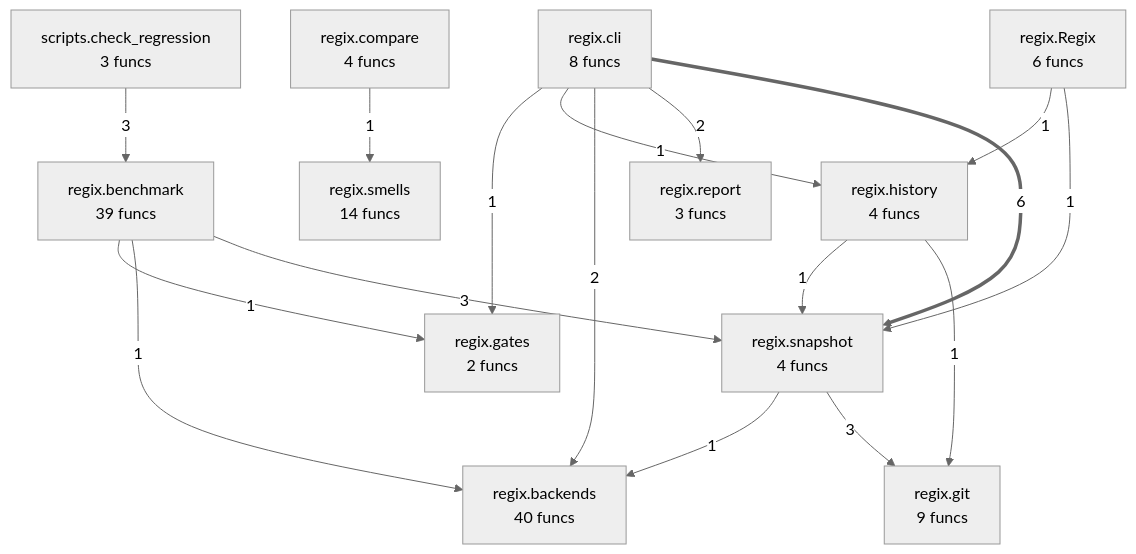
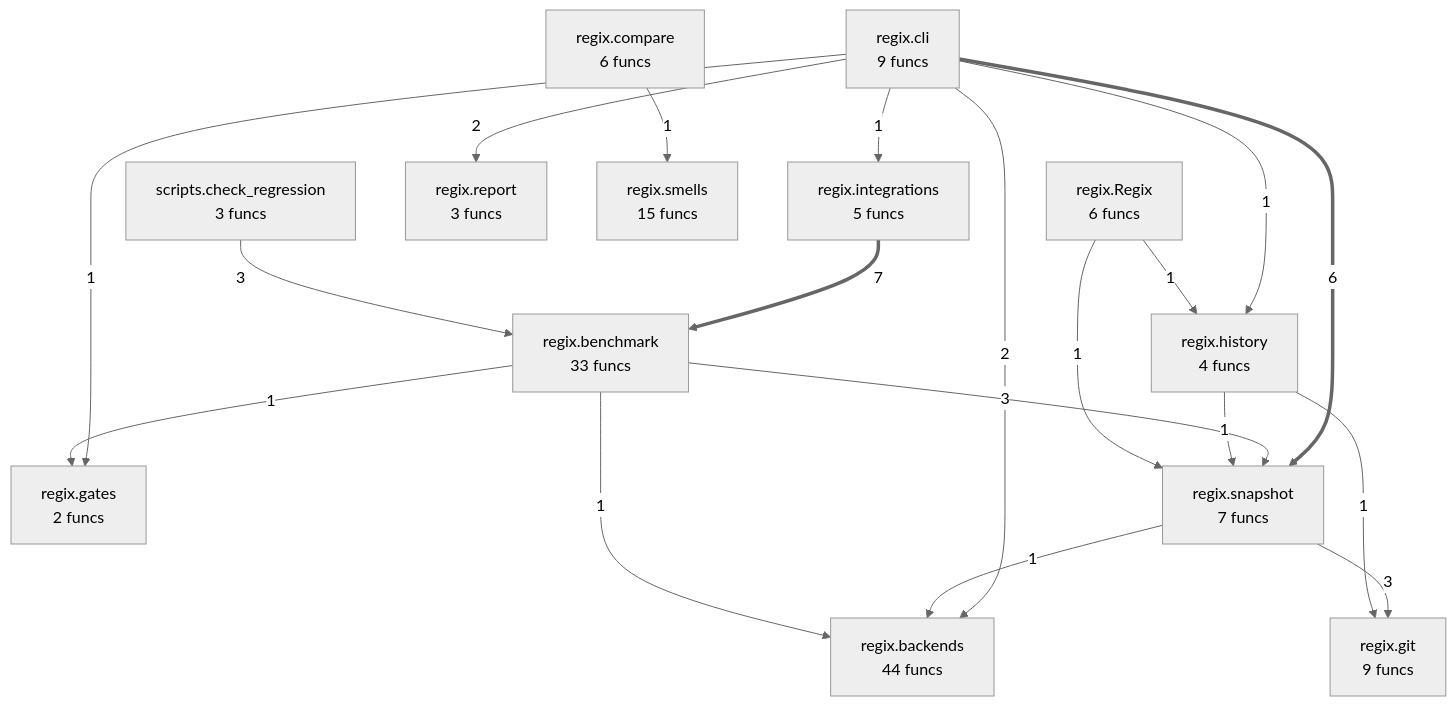
One commit to semcod/regix changed the diagram in project/compact_flow.mmd. Above: the diagram before and after it, drawn with Mermaid (neutral theme). The commit also changed 31 other files, not shown here.

```diff
--- a/project/compact_flow.mmd
+++ b/project/compact_flow.mmd
@@ -1,30 +1,33 @@
 flowchart TD
-%% generated in 0.01s
+%% generated in 0.00s
     regix__Regix["regix.Regix<br/>6 funcs"]
-    regix__backends["regix.backends<br/>40 funcs"]
-    regix__benchmark["regix.benchmark<br/>39 funcs"]
-    regix__cli["regix.cli<br/>8 funcs"]
-    regix__compare["regix.compare<br/>4 funcs"]
+    regix__backends["regix.backends<br/>44 funcs"]
+    regix__benchmark["regix.benchmark<br/>33 funcs"]
+    regix__cli["regix.cli<br/>9 funcs"]
+    regix__compare["regix.compare<br/>6 funcs"]
     regix__gates["regix.gates<br/>2 funcs"]
     regix__git["regix.git<br/>9 funcs"]
     regix__history["regix.history<br/>4 funcs"]
+    regix__integrations["regix.integrations<br/>5 funcs"]
     regix__report["regix.report<br/>3 funcs"]
-    regix__smells["regix.smells<br/>14 funcs"]
-    regix__snapshot["regix.snapshot<br/>4 funcs"]
+    regix__smells["regix.smells<br/>15 funcs"]
+    regix__snapshot["regix.snapshot<br/>7 funcs"]
     scripts__check_regression["scripts.check_regression<br/>3 funcs"]
+    regix__integrations ==>|7| regix__benchmark
     regix__cli ==>|6| regix__snapshot
+    scripts__check_regression -->|3| regix__benchmark
     regix__snapshot -->|3| regix__git
-    scripts__check_regression -->|3| regix__benchmark
     regix__benchmark -->|3| regix__snapshot
     regix__cli -->|2| regix__report
     regix__cli -->|2| regix__backends
-    regix__snapshot -->|1| regix__backends
     regix__history -->|1| regix__git
     regix__history -->|1| regix__snapshot
+    regix__snapshot -->|1| regix__backends
+    regix__compare -->|1| regix__smells
+    regix__cli -->|1| regix__integrations
     regix__cli -->|1| regix__history
     regix__cli -->|1| regix__gates
-    regix__compare -->|1| regix__smells
+    regix__benchmark -->|1| regix__gates
     regix__Regix -->|1| regix__snapshot
     regix__Regix -->|1| regix__history
     regix__benchmark -->|1| regix__backends
-    regix__benchmark -->|1| regix__gates
```
